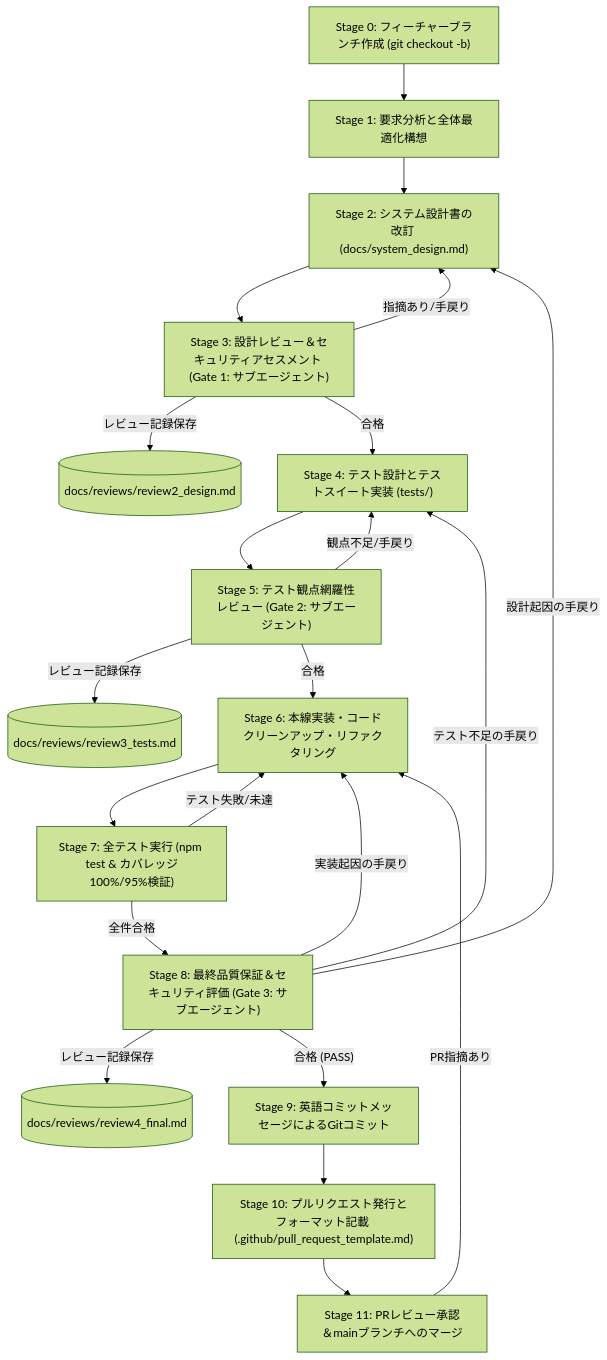
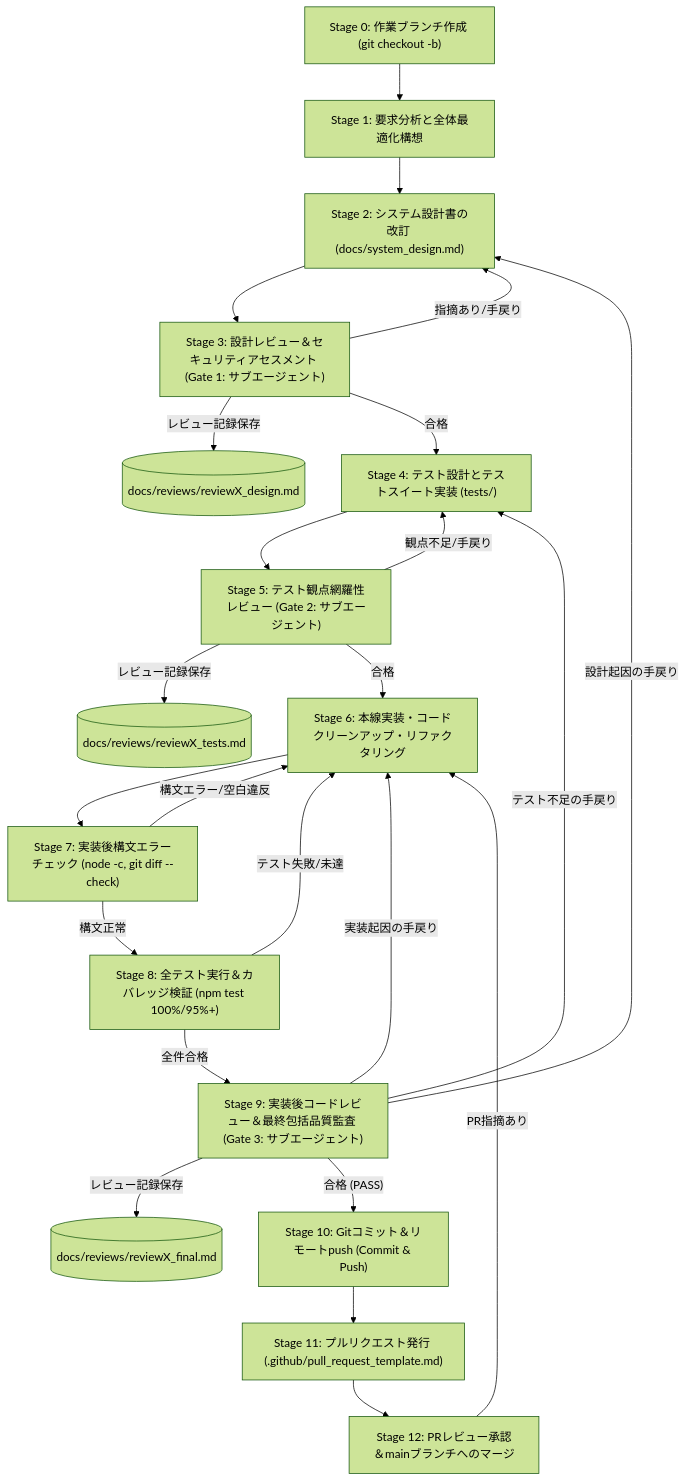
One commit to tekuteku-life/kogaidocs changed the first of 2 diagrams in docs/development_process.md. Above: the diagram before and after it, drawn with Mermaid (forest theme). The commit also changed other lines of this file and 1 other file, not shown here.

Commit message:
docs: update development process to v1.3.0 with syntax check, code review, push DoD, and reviewer directives

````diff
--- a/docs/development_process.md
+++ b/docs/development_process.md
@@ -36,24 +40,26 @@
 ```mermaid
 flowchart TD
-	S0["Stage 0: フィーチャーブランチ作成 (git checkout -b)"] --> S1["Stage 1: 要求分析と全体最適化構想"]
+	S0["Stage 0: 作業ブランチ作成 (git checkout -b)"] --> S1["Stage 1: 要求分析と全体最適化構想"]
 	S1 --> S2["Stage 2: システム設計書の改訂 (docs/system_design.md)"]
 	S2 --> S3["Stage 3: 設計レビュー＆セキュリティアセスメント (Gate 1: サブエージェント)"]
-	S3 -->|レビュー記録保存| D1[("docs/reviews/review2_design.md")]
+	S3 -->|レビュー記録保存| D1[("docs/reviews/reviewX_design.md")]
 	S3 -- "指摘あり/手戻り" --> S2
 	S3 -- "合格" --> S4["Stage 4: テスト設計とテストスイート実装 (tests/)"]
 	S4 --> S5["Stage 5: テスト観点網羅性レビュー (Gate 2: サブエージェント)"]
-	S5 -->|レビュー記録保存| D2[("docs/reviews/review3_tests.md")]
+	S5 -->|レビュー記録保存| D2[("docs/reviews/reviewX_tests.md")]
 	S5 -- "観点不足/手戻り" --> S4
 	S5 -- "合格" --> S6["Stage 6: 本線実装・コードクリーンアップ・リファクタリング"]
-	S6 --> S7["Stage 7: 全テスト実行 (npm test & カバレッジ100%/95%検証)"]
-	S7 -- "テスト失敗/未達" --> S6
-	S7 -- "全件合格" --> S8["Stage 8: 最終品質保証＆セキュリティ評価 (Gate 3: サブエージェント)"]
-	S8 -->|レビュー記録保存| D3[("docs/reviews/review4_final.md")]
-	S8 -- "設計起因の手戻り" --> S2
-	S8 -- "テスト不足の手戻り" --> S4
-	S8 -- "実装起因の手戻り" --> S6
-	S8 -- "合格 (PASS)" --> S9["Stage 9: 英語コミットメッセージによるGitコミット"]
-	S9 --> S10["Stage 10: プルリクエスト発行とフォーマット記載 (.github/pull_request_template.md)"]
-	S10 --> S11["Stage 11: PRレビュー承認＆mainブランチへのマージ"]
-	S11 -- "PR指摘あり" --> S6
+	S6 --> S7["Stage 7: 実装後構文エラーチェック (node -c, git diff --check)"]
+	S7 -- "構文エラー/空白違反" --> S6
+	S7 -- "構文正常" --> S8["Stage 8: 全テスト実行＆カバレッジ検証 (npm test 100%/95%+)"]
+	S8 -- "テスト失敗/未達" --> S6
+	S8 -- "全件合格" --> S9["Stage 9: 実装後コードレビュー＆最終包括品質監査 (Gate 3: サブエージェント)"]
+	S9 -->|レビュー記録保存| D3[("docs/reviews/reviewX_final.md")]
+	S9 -- "設計起因の手戻り" --> S2
+	S9 -- "テスト不足の手戻り" --> S4
+	S9 -- "実装起因の手戻り" --> S6
+	S9 -- "合格 (PASS)" --> S10["Stage 10: Gitコミット＆リモートpush (Commit & Push)"]
+	S10 --> S11["Stage 11: プルリクエスト発行 (.github/pull_request_template.md)"]
+	S11 --> S12["Stage 12: PRレビュー承認＆mainブランチへのマージ"]
+	S12 -- "PR指摘あり" --> S6
 ```
````
